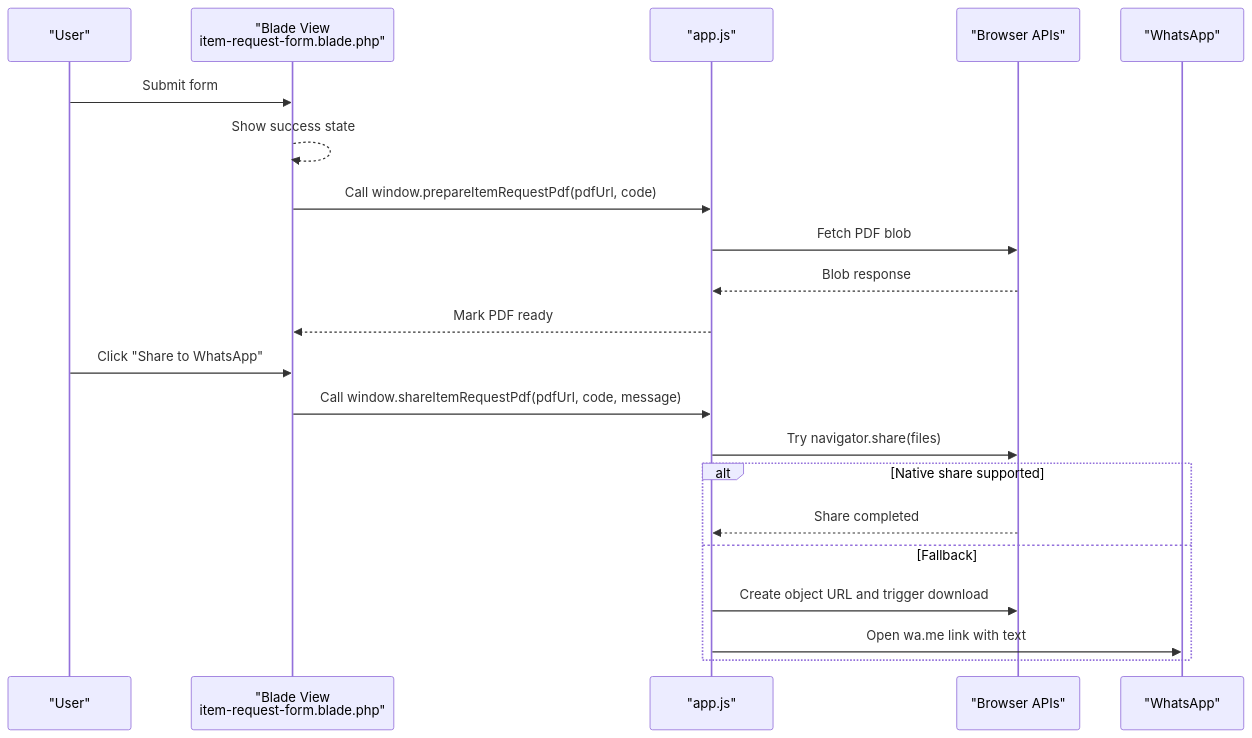
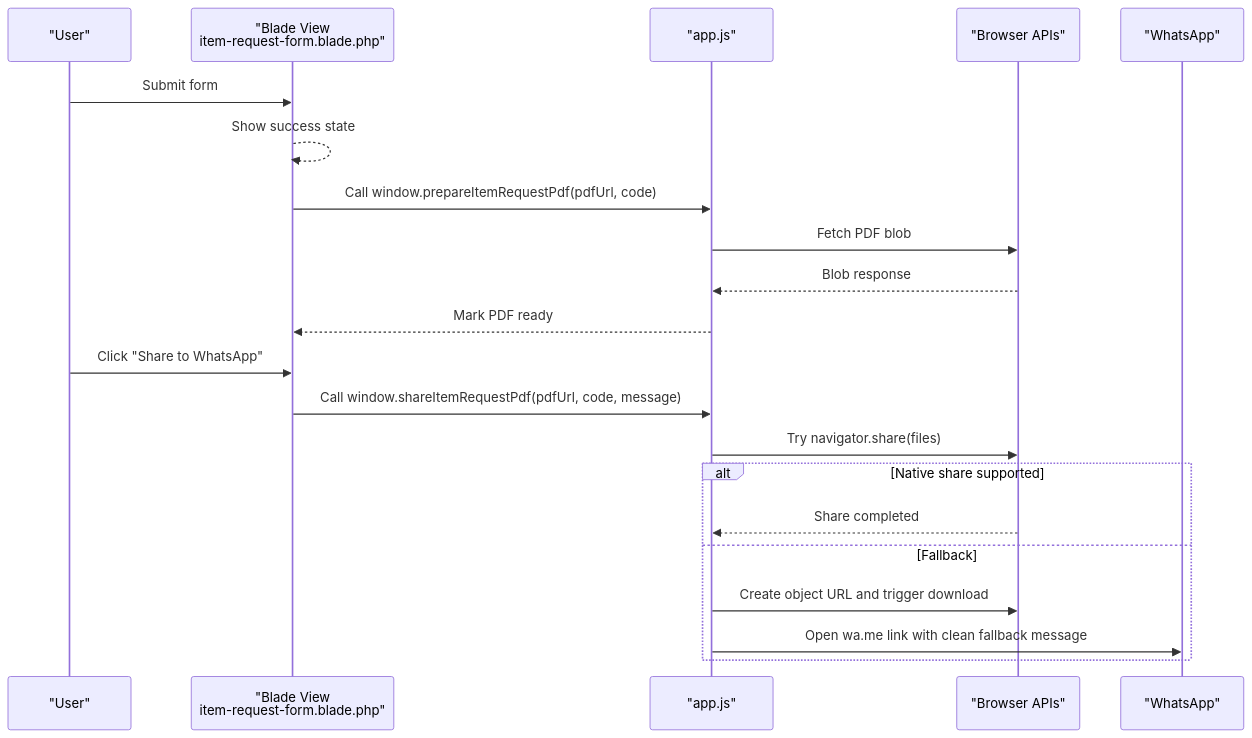
One commit to Dikksap/laravel_RsvHelmet changed the second of 6 diagrams in .qoder/repowiki/en/content/Frontend Components/JavaScript and Assets.md. Above: the diagram before and after it, drawn with Mermaid. The commit also changed other lines of this file and 102 other files, not shown here.

````diff
--- a/.qoder/repowiki/en/content/Frontend Components/JavaScript and Assets.md
+++ b/.qoder/repowiki/en/content/Frontend Components/JavaScript and Assets.md
@@ -82,23 +89,23 @@
 ```mermaid
 sequenceDiagram
 participant User as "User"
 participant Blade as "Blade View<br/>item-request-form.blade.php"
 participant AppJS as "app.js"
 participant Browser as "Browser APIs"
 participant WA as "WhatsApp"
 User->>Blade : Submit form
 Blade-->>Blade : Show success state
 Blade->>AppJS : Call window.prepareItemRequestPdf(pdfUrl, code)
 AppJS->>Browser : Fetch PDF blob
 Browser-->>AppJS : Blob response
 AppJS-->>Blade : Mark PDF ready
 User->>Blade : Click "Share to WhatsApp"
 Blade->>AppJS : Call window.shareItemRequestPdf(pdfUrl, code, message)
 AppJS->>Browser : Try navigator.share(files)
 alt Native share supported
 Browser-->>AppJS : Share completed
 else Fallback
 AppJS->>Browser : Create object URL and trigger download
-AppJS->>WA : Open wa.me link with text
+AppJS->>WA : Open wa.me link with clean fallback message
 end
 ```
````
